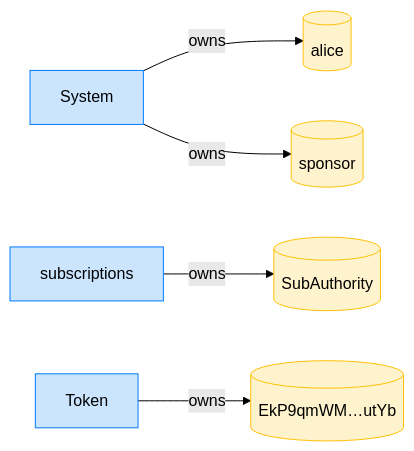
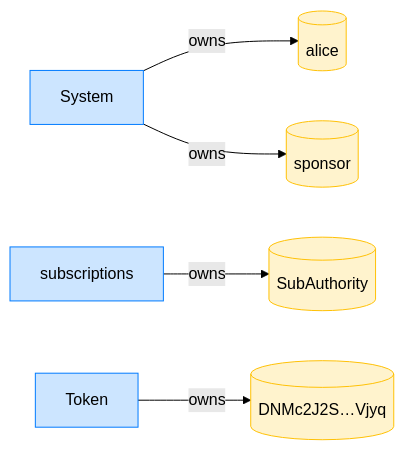
The fourth of 4 diagrams in dsl_tests/close-with-the-wrong-receiver-is-unauthorized.md (cds-rs/subscriptions), drawn with Mermaid (forest theme) before and after one commit. The commit also changed other lines of this file and 224 other files, not shown here.

````diff
--- a/dsl_tests/close-with-the-wrong-receiver-is-unauthorized.md
+++ b/dsl_tests/close-with-the-wrong-receiver-is-unauthorized.md
@@ -74,16 +79,16 @@
 ```mermaid
 flowchart LR
     classDef owner fill:#cce5ff,stroke:#007bff;
     classDef account fill:#fff3cd,stroke:#ffc107;
     System[System]:::owner
     alice[(alice)]:::account
     subscriptions[subscriptions]:::owner
     SubAuthority[(SubAuthority)]:::account
     Token[Token]:::owner
-    EkP9qmWM_utYb[("EkP9qmWM…utYb")]:::account
+    DNMc2J2S_Vjyq[("DNMc2J2S…Vjyq")]:::account
     sponsor[(sponsor)]:::account
     System -->|owns| alice
     subscriptions -->|owns| SubAuthority
-    Token -->|owns| EkP9qmWM_utYb
+    Token -->|owns| DNMc2J2S_Vjyq
     System -->|owns| sponsor
 ```
````
